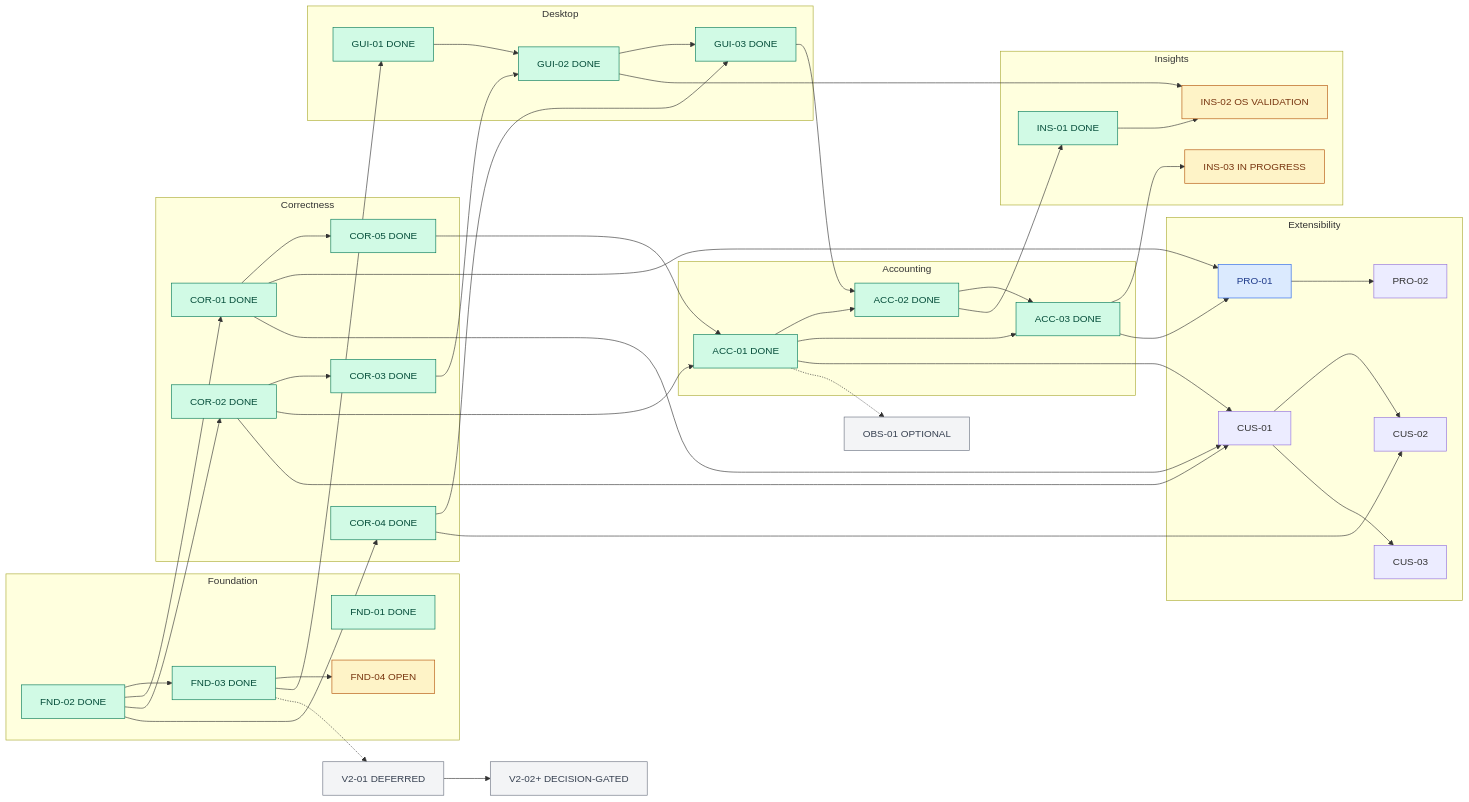
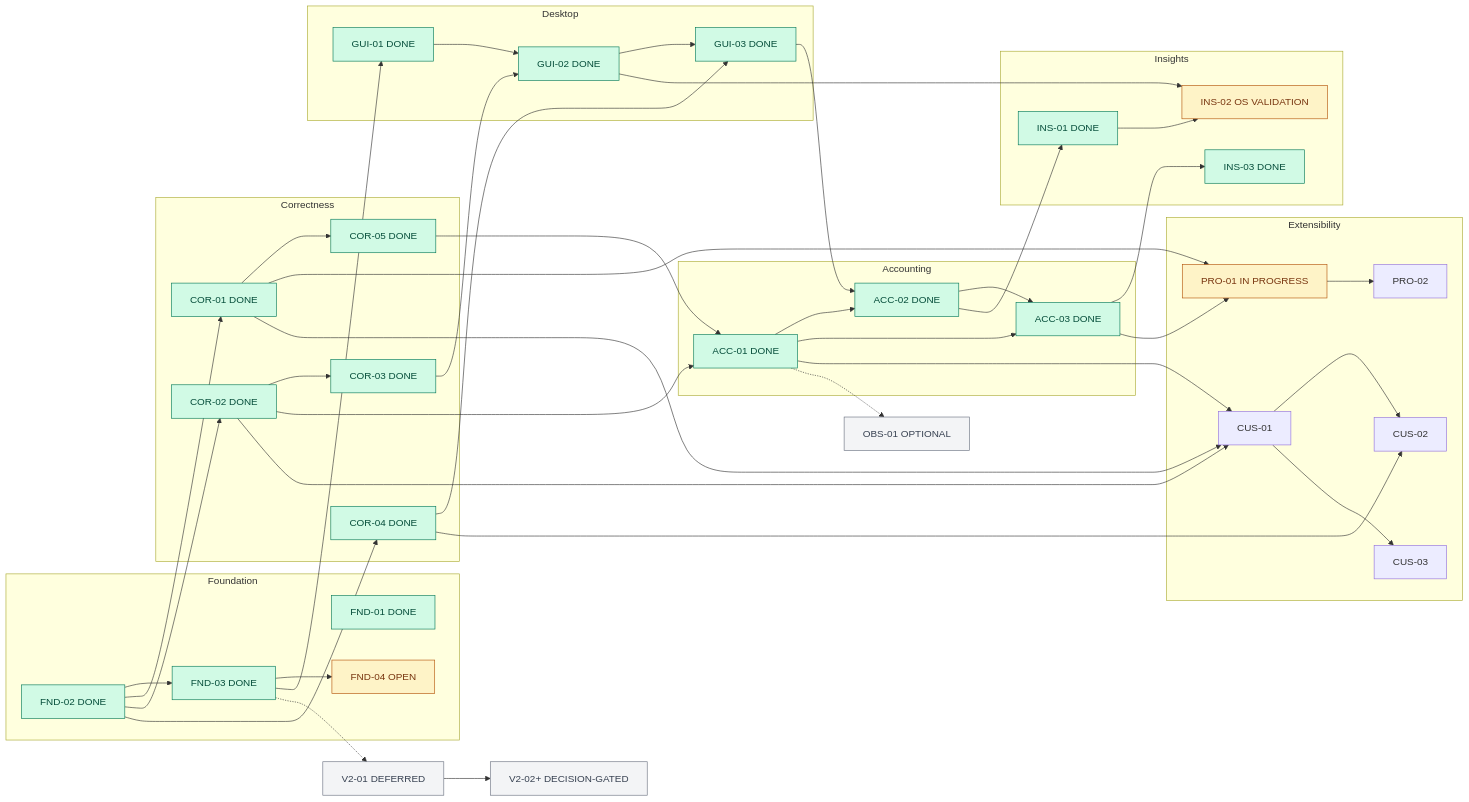
Before and after one commit to slkiser/opencode-quota: the second of 2 diagrams in docs/UPSTREAM_DELIVERY_PLAN.md, drawn with Mermaid. The commit also changed other lines of this file and 15 other files, not shown here.

````diff
--- a/docs/UPSTREAM_DELIVERY_PLAN.md
+++ b/docs/UPSTREAM_DELIVERY_PLAN.md
@@ -182,58 +182,57 @@
 ```mermaid
 flowchart LR
   subgraph Foundation
     F01["FND-01 DONE"]
     F02["FND-02 DONE"] --> F03["FND-03 DONE"]
     F03 --> F04["FND-04 OPEN"]
   end
   subgraph Correctness
     F02 --> C01["COR-01 DONE"]
     F02 --> C02["COR-02 DONE"]
     C02 --> C03["COR-03 DONE"]
     F02 --> C04["COR-04 DONE"]
     C01 --> C05["COR-05 DONE"]
   end
   subgraph Desktop
     F03 --> G01["GUI-01 DONE"]
     G01 --> G02["GUI-02 DONE"]
     C03 --> G02
     G02 --> G03["GUI-03 DONE"]
     C04 --> G03
   end
   subgraph Accounting
     C02 --> A01["ACC-01 DONE"]
     C05 --> A01
     A01 --> A02["ACC-02 DONE"]
     G03 --> A02
     A01 --> A03["ACC-03 DONE"]
     A02 --> A03
   end
   subgraph Insights
     A02 --> I01["INS-01 DONE"]
     I01 --> I02["INS-02 OS VALIDATION"]
     G02 --> I02
-    A03 --> I03["INS-03 IN PROGRESS"]
+    A03 --> I03["INS-03 DONE"]
   end
   subgraph Extensibility
-    A03 --> P01["PRO-01"]
+    A03 --> P01["PRO-01 IN PROGRESS"]
     C01 --> P01
     P01 --> P02["PRO-02"]
     A01 --> U01["CUS-01"]
     C01 --> U01
     C02 --> U01
     U01 --> U02["CUS-02"]
     C04 --> U02
     U01 --> U03["CUS-03"]
   end
   A01 -.-> O01["OBS-01 OPTIONAL"]
   F03 -.-> V01["V2-01 DEFERRED"]
   V01 --> V02["V2-02+ DECISION-GATED"]
   classDef done fill:#d1fae5,stroke:#047857,color:#064e3b;
   classDef active fill:#fef3c7,stroke:#b45309,color:#78350f;
   classDef ready fill:#dbeafe,stroke:#2563eb,color:#1e3a8a;
   classDef optional fill:#f3f4f6,stroke:#6b7280,color:#374151;
-  class F01,F02,F03,C01,C02,C03,C04,C05,G01,G02,G03,A01,A02,A03,I01 done;
-  class F04,I02,I03 active;
-  class P01 ready;
+  class F01,F02,F03,C01,C02,C03,C04,C05,G01,G02,G03,A01,A02,A03,I01,I03 done;
+  class F04,I02,P01 active;
   class O01,V01,V02 optional;
 ```
````
